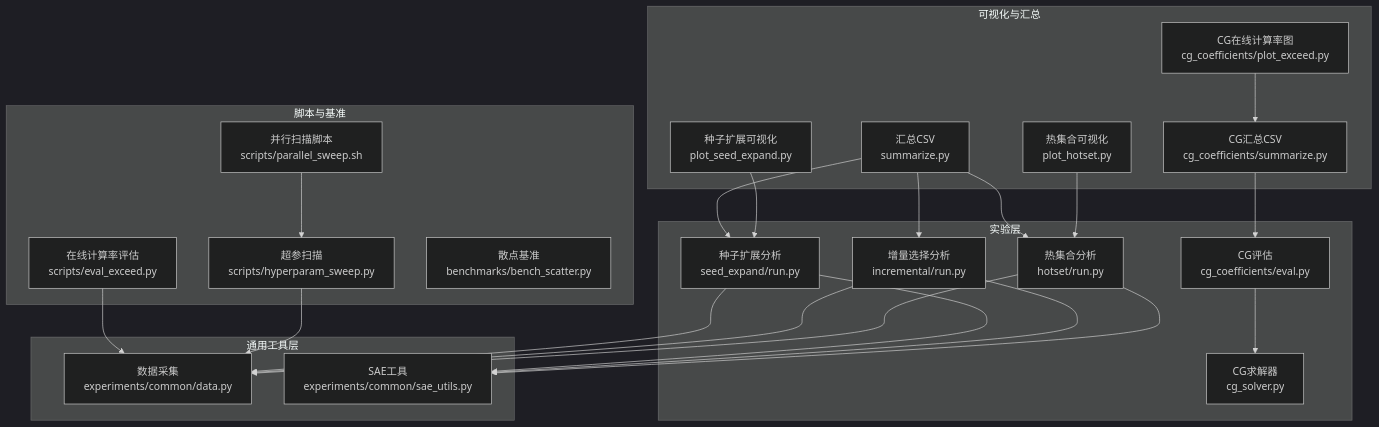
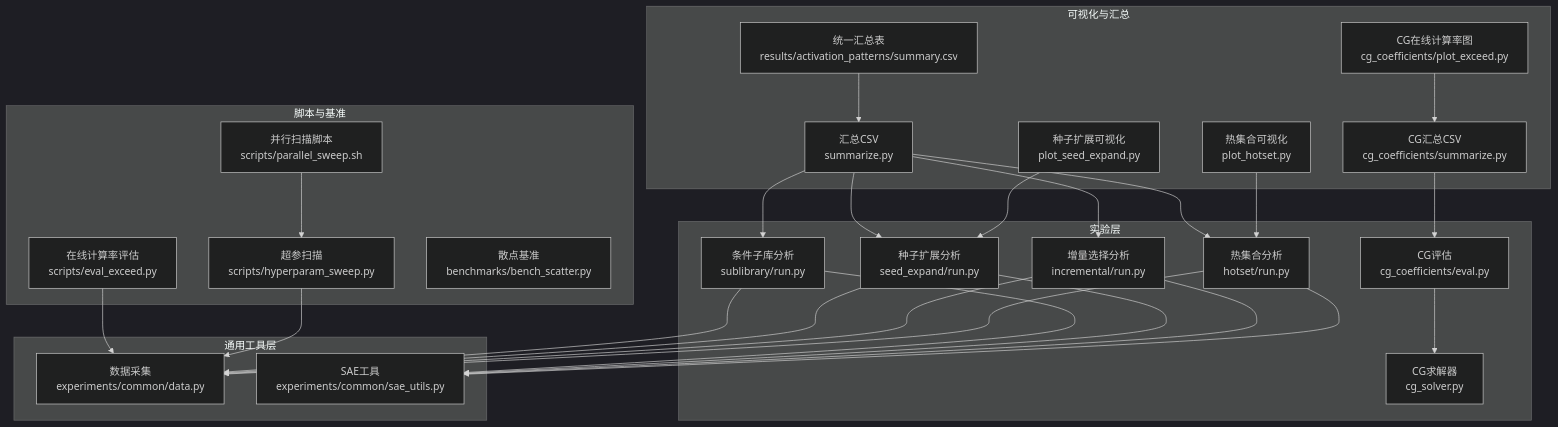
Before and after one commit to duanzhaol/sparsify: the first of 9 diagrams in .qoder/repowiki/zh/content/实验与分析/实验与分析.md, drawn with Mermaid (dark theme). The commit also changed other lines of this file and 6 other files, not shown here.

````diff
--- a/.qoder/repowiki/zh/content/实验与分析/实验与分析.md
+++ b/.qoder/repowiki/zh/content/实验与分析/实验与分析.md
@@ -50,44 +56,50 @@
 ```mermaid
 graph TB
 subgraph "实验层"
 AP1["热集合分析<br/>hotset/run.py"]
 AP2["增量选择分析<br/>incremental/run.py"]
 AP3["种子扩展分析<br/>seed_expand/run.py"]
+AP4["条件子库分析<br/>sublibrary/run.py"]
 CG1["CG求解器<br/>cg_solver.py"]
 CG2["CG评估<br/>cg_coefficients/eval.py"]
 end
 subgraph "通用工具层"
 DC["数据采集<br/>experiments/common/data.py"]
 SU["SAE工具<br/>experiments/common/sae_utils.py"]
 end
 subgraph "可视化与汇总"
 VH["热集合可视化<br/>plot_hotset.py"]
 VS["种子扩展可视化<br/>plot_seed_expand.py"]
 SUM["汇总CSV<br/>summarize.py"]
 CG_SUM["CG汇总CSV<br/>cg_coefficients/summarize.py"]
 CG_PLOT["CG在线计算率图<br/>cg_coefficients/plot_exceed.py"]
+SUMMARY_CSV["统一汇总表<br/>results/activation_patterns/summary.csv"]
 end
 subgraph "脚本与基准"
 HS["超参扫描<br/>scripts/hyperparam_sweep.py"]
 PS["并行扫描脚本<br/>scripts/parallel_sweep.sh"]
 EE["在线计算率评估<br/>scripts/eval_exceed.py"]
 BM["散点基准<br/>benchmarks/bench_scatter.py"]
 end
 AP1 --> DC
 AP2 --> DC
 AP3 --> DC
+AP4 --> DC
 AP1 --> SU
 AP2 --> SU
 AP3 --> SU
+AP4 --> SU
 CG2 --> CG1
 VH --> AP1
 VS --> AP3
 SUM --> AP1
 SUM --> AP2
 SUM --> AP3
+SUM --> AP4
 CG_SUM --> CG2
 CG_PLOT --> CG_SUM
 HS --> DC
 PS --> HS
 EE --> DC
+SUMMARY_CSV --> SUM
 ```
````
